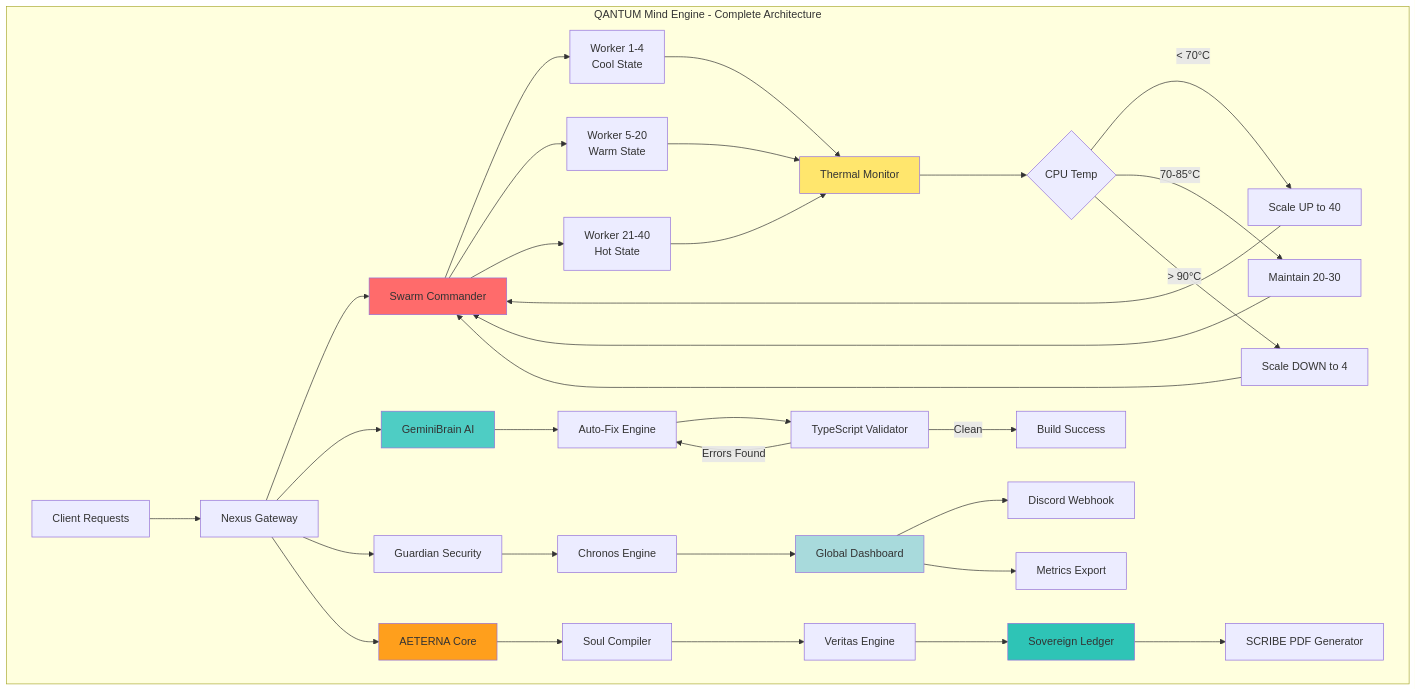
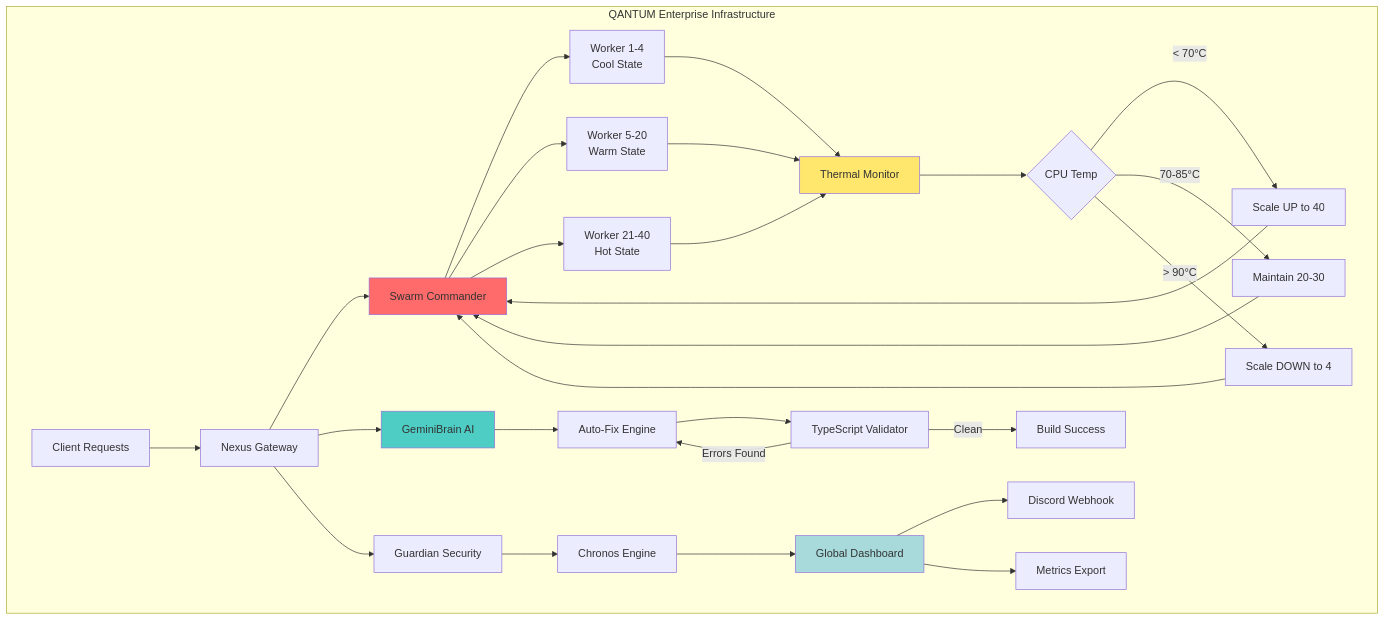
One commit to QAntum-Fortres/QAntum-Mind-Engine-Self-Healing changed the diagram in README.md. Above: the diagram before and after it, drawn with Mermaid. The commit also changed other lines of this file and 364 other files, not shown here.

````diff
--- a/README.md
+++ b/README.md
@@ -124,50 +45,42 @@
 ```mermaid
 graph TB
-    subgraph "QANTUM Mind Engine - Complete Architecture"
+    subgraph "QANTUM Enterprise Infrastructure"
         A[Client Requests] --> B[Nexus Gateway]
         B --> C[Swarm Commander]
         
         C --> D1[Worker 1-4<br/>Cool State]
         C --> D2[Worker 5-20<br/>Warm State]
         C --> D3[Worker 21-40<br/>Hot State]
         
         D1 --> E[Thermal Monitor]
         D2 --> E
         D3 --> E
         
         E --> F{CPU Temp}
         F -->|< 70°C| G[Scale UP to 40]
         F -->|70-85°C| H[Maintain 20-30]
         F -->|> 90°C| I[Scale DOWN to 4]
         
         G --> C
         H --> C
         I --> C
         
         B --> J[GeminiBrain AI]
         J --> K[Auto-Fix Engine]
         K --> L[TypeScript Validator]
         L -->|Errors Found| K
         L -->|Clean| M[Build Success]
         
         B --> N[Guardian Security]
         N --> O[Chronos Engine]
         O --> P[Global Dashboard]
         
         P --> Q[Discord Webhook]
         P --> R[Metrics Export]
-        
-        B --> S[AETERNA Core]
-        S --> T[Soul Compiler]
-        T --> U[Veritas Engine]
-        U --> V[Sovereign Ledger]
-        V --> W[SCRIBE PDF Generator]
     end
     
     style C fill:#ff6b6b
     style J fill:#4ecdc4
     style E fill:#ffe66d
     style P fill:#a8dadc
-    style S fill:#ff9f1c
-    style V fill:#2ec4b6
 ```
````
